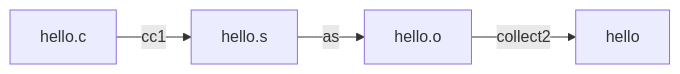
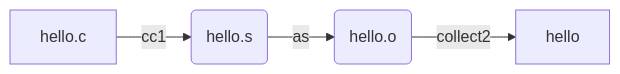
Before and after one commit to wolfyzhang-github/knowledge-base: the second of 4 diagrams in docs/system/prog/a_compile.md, drawn with Mermaid. The commit also changed other lines of this file, not shown here.

````diff
--- a/docs/system/prog/a_compile.md
+++ b/docs/system/prog/a_compile.md
@@ -342,6 +328,6 @@
 ```mermaid
 graph LR
-  A[hello.c] --> |cc1| B[hello.s];
-  B --> |as| C[hello.o];
+  A[hello.c] --> |cc1| B(hello.s);
+  B --> |as| C(hello.o);
   C --> |collect2| D[hello];
 ```
````
